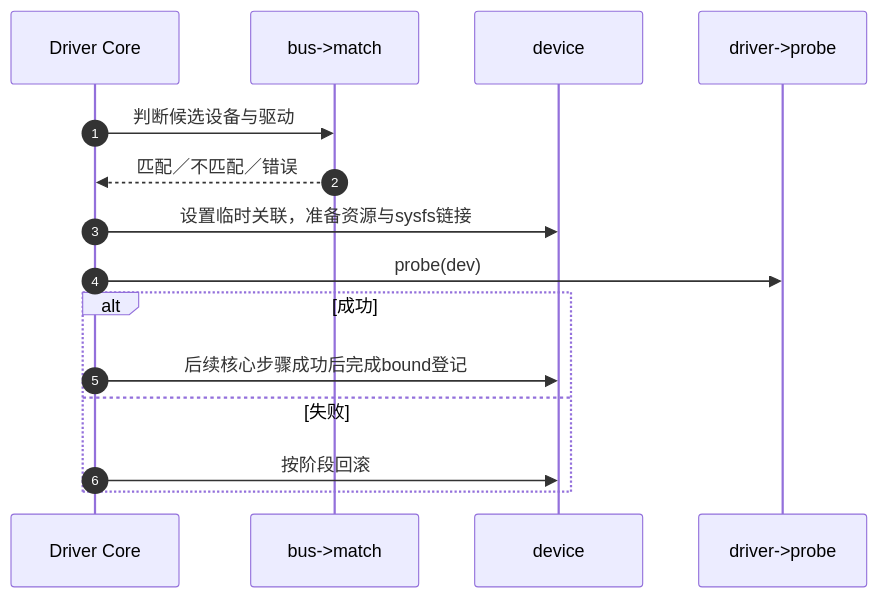
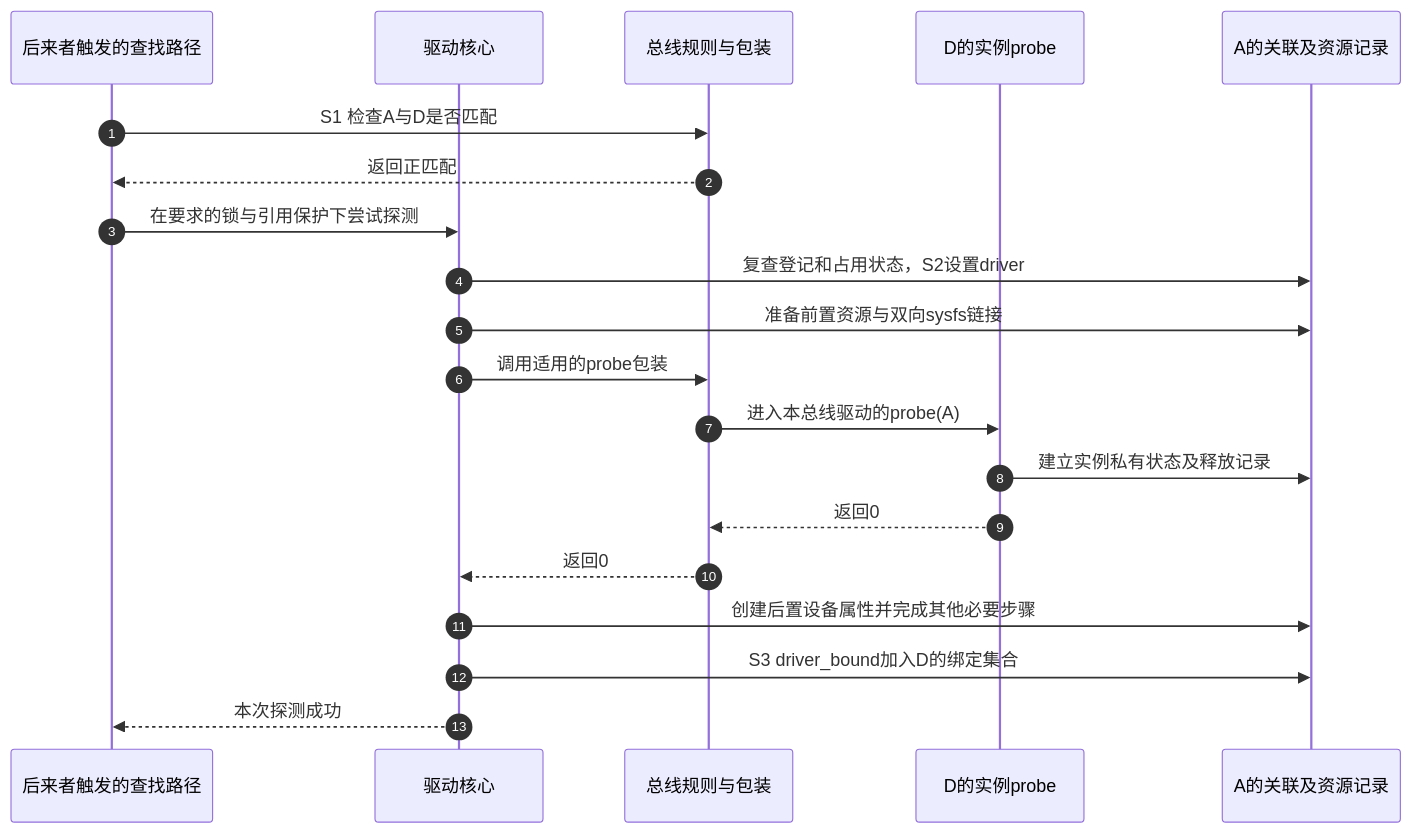
Before and after one commit to FormingSystem/linux_note: the diagram in knowledge/linux/device_model/P08_匹配绑定与probe状态机.md, drawn with Mermaid. The commit also changed other lines of this file and 1 other file, not shown here.

First line of the commit message:
content(device_model/binding): 展开驱动登记与探测回滚机制

````diff
--- a/knowledge/linux/device_model/P08_匹配绑定与probe状态机.md
+++ b/knowledge/linux/device_model/P08_匹配绑定与probe状态机.md
@@ -14,17 +36,22 @@
 ```mermaid
 sequenceDiagram
     autonumber
-    participant C as Driver Core
-    participant B as bus->match
-    participant D as device
-    participant R as driver->probe
-    C->>B: 判断候选设备与驱动
-    B-->>C: 匹配／不匹配／错误
-    C->>D: 设置临时关联，准备资源与sysfs链接
-    C->>R: probe(dev)
-    alt 成功
-        C->>D: 后续核心步骤成功后完成bound登记
-    else 失败
-        C->>D: 按阶段回滚
-    end
+    participant walk as 后来者触发的查找路径
+    participant core as 驱动核心
+    participant bus as 总线规则与包装
+    participant drv as D的实例probe
+    participant state as A的关联及资源记录
+    walk->>bus: S1 检查A与D是否匹配
+    bus-->>walk: 返回正匹配
+    walk->>core: 在要求的锁与引用保护下尝试探测
+    core->>state: 复查登记和占用状态，S2设置driver
+    core->>state: 准备前置资源与双向sysfs链接
+    core->>bus: 调用适用的probe包装
+    bus->>drv: 进入本总线驱动的probe(A)
+    drv->>state: 建立实例私有状态及释放记录
+    drv-->>bus: 返回0
+    bus-->>core: 返回0
+    core->>state: 创建后置设备属性并完成其他必要步骤
+    core->>state: S3 driver_bound加入D的绑定集合
+    core-->>walk: 本次探测成功
 ```
````
